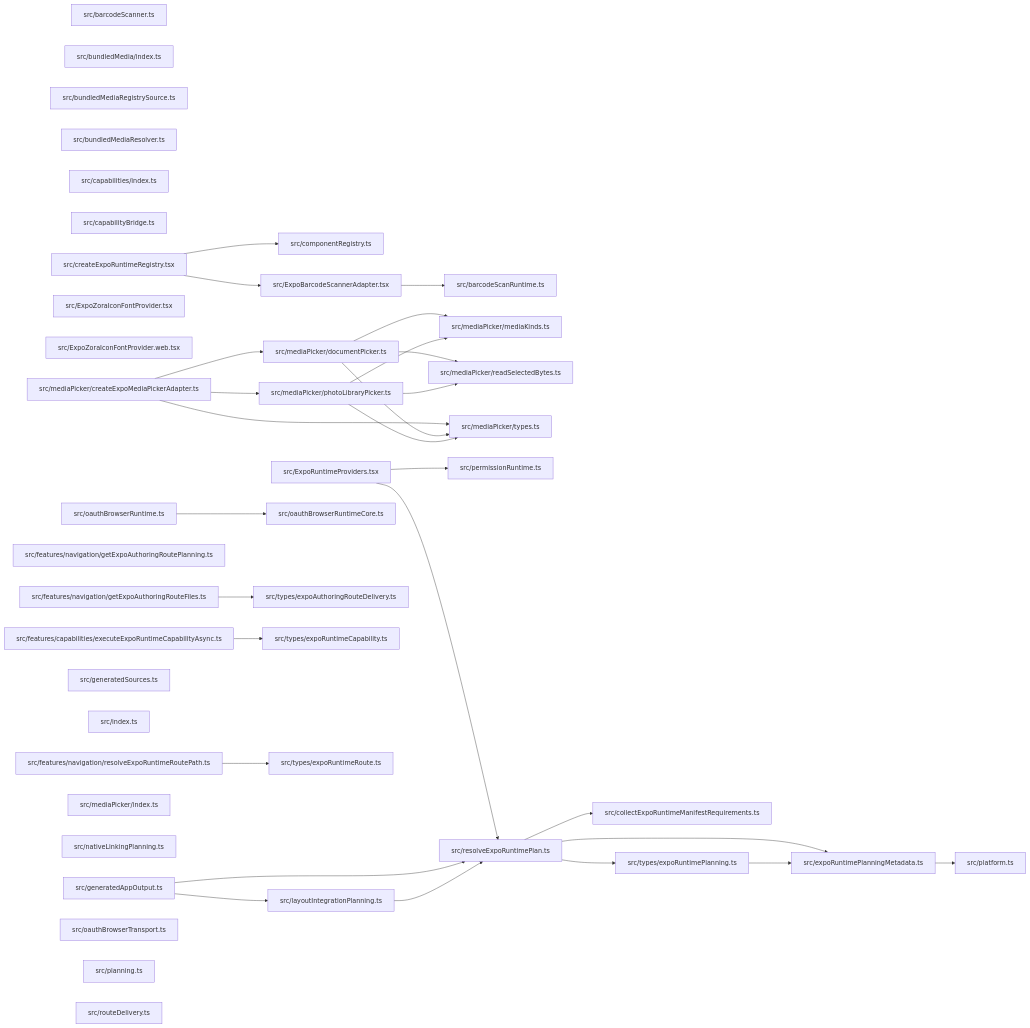
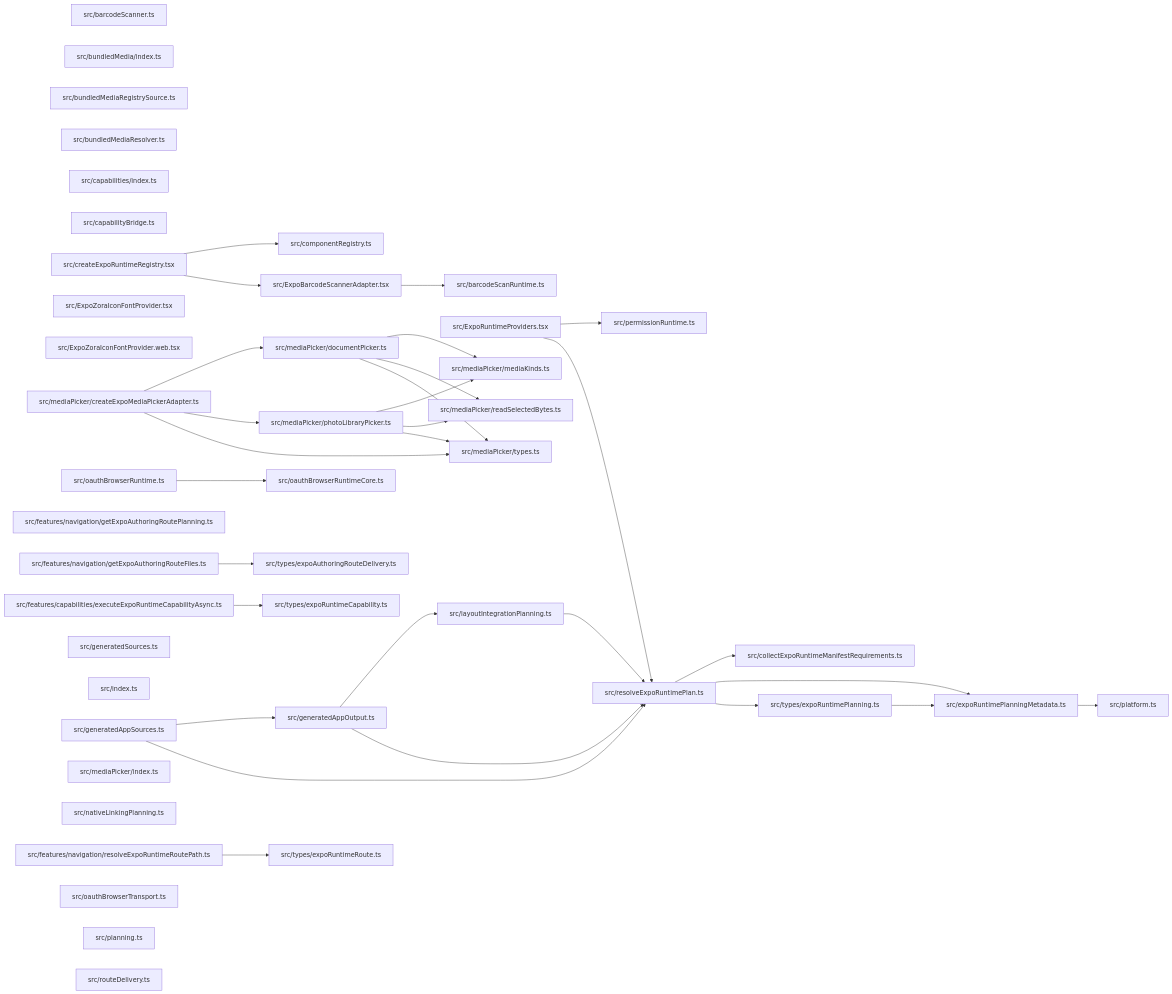
The diagram in paradox/diagrams/module-relationships.mmd (ankhorage/expo-runtime), drawn with Mermaid before and after one commit. The commit also changed 11 other files, not shown here.

```diff
--- a/paradox/diagrams/module-relationships.mmd
+++ b/paradox/diagrams/module-relationships.mmd
@@ -1,70 +1,73 @@
 graph LR
   module_src_barcodeScanner_ts["src/barcodeScanner.ts"]
   module_src_barcodeScanRuntime_ts["src/barcodeScanRuntime.ts"]
   module_src_bundledMedia_index_ts["src/bundledMedia/index.ts"]
   module_src_bundledMediaRegistrySource_ts["src/bundledMediaRegistrySource.ts"]
   module_src_bundledMediaResolver_ts["src/bundledMediaResolver.ts"]
   module_src_capabilities_index_ts["src/capabilities/index.ts"]
   module_src_capabilityBridge_ts["src/capabilityBridge.ts"]
   module_src_collectExpoRuntimeManifestRequirements_ts["src/collectExpoRuntimeManifestRequirements.ts"]
   module_src_componentRegistry_ts["src/componentRegistry.ts"]
   module_src_createExpoRuntimeRegistry_tsx["src/createExpoRuntimeRegistry.tsx"]
   module_src_ExpoBarcodeScannerAdapter_tsx["src/ExpoBarcodeScannerAdapter.tsx"]
   module_src_expoRuntimePlanningMetadata_ts["src/expoRuntimePlanningMetadata.ts"]
   module_src_ExpoRuntimeProviders_tsx["src/ExpoRuntimeProviders.tsx"]
   module_src_ExpoZoraIconFontProvider_tsx["src/ExpoZoraIconFontProvider.tsx"]
   module_src_ExpoZoraIconFontProvider_web_tsx["src/ExpoZoraIconFontProvider.web.tsx"]
   module_src_features_capabilities_executeExpoRuntimeCapabilityAsync_ts["src/features/capabilities/executeExpoRuntimeCapabilityAsync.ts"]
   module_src_features_navigation_getExpoAuthoringRouteFiles_ts["src/features/navigation/getExpoAuthoringRouteFiles.ts"]
   module_src_features_navigation_getExpoAuthoringRoutePlanning_ts["src/features/navigation/getExpoAuthoringRoutePlanning.ts"]
   module_src_features_navigation_resolveExpoRuntimeRoutePath_ts["src/features/navigation/resolveExpoRuntimeRoutePath.ts"]
   module_src_generatedAppOutput_ts["src/generatedAppOutput.ts"]
+  module_src_generatedAppSources_ts["src/generatedAppSources.ts"]
   module_src_generatedSources_ts["src/generatedSources.ts"]
   module_src_index_ts["src/index.ts"]
   module_src_layoutIntegrationPlanning_ts["src/layoutIntegrationPlanning.ts"]
   module_src_mediaPicker_createExpoMediaPickerAdapter_ts["src/mediaPicker/createExpoMediaPickerAdapter.ts"]
   module_src_mediaPicker_documentPicker_ts["src/mediaPicker/documentPicker.ts"]
   module_src_mediaPicker_index_ts["src/mediaPicker/index.ts"]
   module_src_mediaPicker_mediaKinds_ts["src/mediaPicker/mediaKinds.ts"]
   module_src_mediaPicker_photoLibraryPicker_ts["src/mediaPicker/photoLibraryPicker.ts"]
   module_src_mediaPicker_readSelectedBytes_ts["src/mediaPicker/readSelectedBytes.ts"]
   module_src_mediaPicker_types_ts["src/mediaPicker/types.ts"]
   module_src_nativeLinkingPlanning_ts["src/nativeLinkingPlanning.ts"]
   module_src_oauthBrowserRuntime_ts["src/oauthBrowserRuntime.ts"]
   module_src_oauthBrowserRuntimeCore_ts["src/oauthBrowserRuntimeCore.ts"]
   module_src_oauthBrowserTransport_ts["src/oauthBrowserTransport.ts"]
   module_src_permissionRuntime_ts["src/permissionRuntime.ts"]
   module_src_planning_ts["src/planning.ts"]
   module_src_platform_ts["src/platform.ts"]
   module_src_resolveExpoRuntimePlan_ts["src/resolveExpoRuntimePlan.ts"]
   module_src_routeDelivery_ts["src/routeDelivery.ts"]
   module_src_types_expoAuthoringRouteDelivery_ts["src/types/expoAuthoringRouteDelivery.ts"]
   module_src_types_expoRuntimeCapability_ts["src/types/expoRuntimeCapability.ts"]
   module_src_types_expoRuntimePlanning_ts["src/types/expoRuntimePlanning.ts"]
   module_src_types_expoRuntimeRoute_ts["src/types/expoRuntimeRoute.ts"]
   module_src_createExpoRuntimeRegistry_tsx --> module_src_componentRegistry_ts
   module_src_createExpoRuntimeRegistry_tsx --> module_src_ExpoBarcodeScannerAdapter_tsx
   module_src_ExpoBarcodeScannerAdapter_tsx --> module_src_barcodeScanRuntime_ts
   module_src_expoRuntimePlanningMetadata_ts --> module_src_platform_ts
   module_src_ExpoRuntimeProviders_tsx --> module_src_permissionRuntime_ts
   module_src_ExpoRuntimeProviders_tsx --> module_src_resolveExpoRuntimePlan_ts
   module_src_features_capabilities_executeExpoRuntimeCapabilityAsync_ts --> module_src_types_expoRuntimeCapability_ts
   module_src_features_navigation_getExpoAuthoringRouteFiles_ts --> module_src_types_expoAuthoringRouteDelivery_ts
   module_src_features_navigation_resolveExpoRuntimeRoutePath_ts --> module_src_types_expoRuntimeRoute_ts
   module_src_generatedAppOutput_ts --> module_src_layoutIntegrationPlanning_ts
   module_src_generatedAppOutput_ts --> module_src_resolveExpoRuntimePlan_ts
+  module_src_generatedAppSources_ts --> module_src_generatedAppOutput_ts
+  module_src_generatedAppSources_ts --> module_src_resolveExpoRuntimePlan_ts
   module_src_layoutIntegrationPlanning_ts --> module_src_resolveExpoRuntimePlan_ts
   module_src_mediaPicker_createExpoMediaPickerAdapter_ts --> module_src_mediaPicker_documentPicker_ts
   module_src_mediaPicker_createExpoMediaPickerAdapter_ts --> module_src_mediaPicker_photoLibraryPicker_ts
   module_src_mediaPicker_createExpoMediaPickerAdapter_ts --> module_src_mediaPicker_types_ts
   module_src_mediaPicker_documentPicker_ts --> module_src_mediaPicker_mediaKinds_ts
   module_src_mediaPicker_documentPicker_ts --> module_src_mediaPicker_readSelectedBytes_ts
   module_src_mediaPicker_documentPicker_ts --> module_src_mediaPicker_types_ts
   module_src_mediaPicker_photoLibraryPicker_ts --> module_src_mediaPicker_mediaKinds_ts
   module_src_mediaPicker_photoLibraryPicker_ts --> module_src_mediaPicker_readSelectedBytes_ts
   module_src_mediaPicker_photoLibraryPicker_ts --> module_src_mediaPicker_types_ts
   module_src_oauthBrowserRuntime_ts --> module_src_oauthBrowserRuntimeCore_ts
   module_src_resolveExpoRuntimePlan_ts --> module_src_collectExpoRuntimeManifestRequirements_ts
   module_src_resolveExpoRuntimePlan_ts --> module_src_expoRuntimePlanningMetadata_ts
   module_src_resolveExpoRuntimePlan_ts --> module_src_types_expoRuntimePlanning_ts
   module_src_types_expoRuntimePlanning_ts --> module_src_expoRuntimePlanningMetadata_ts
```
